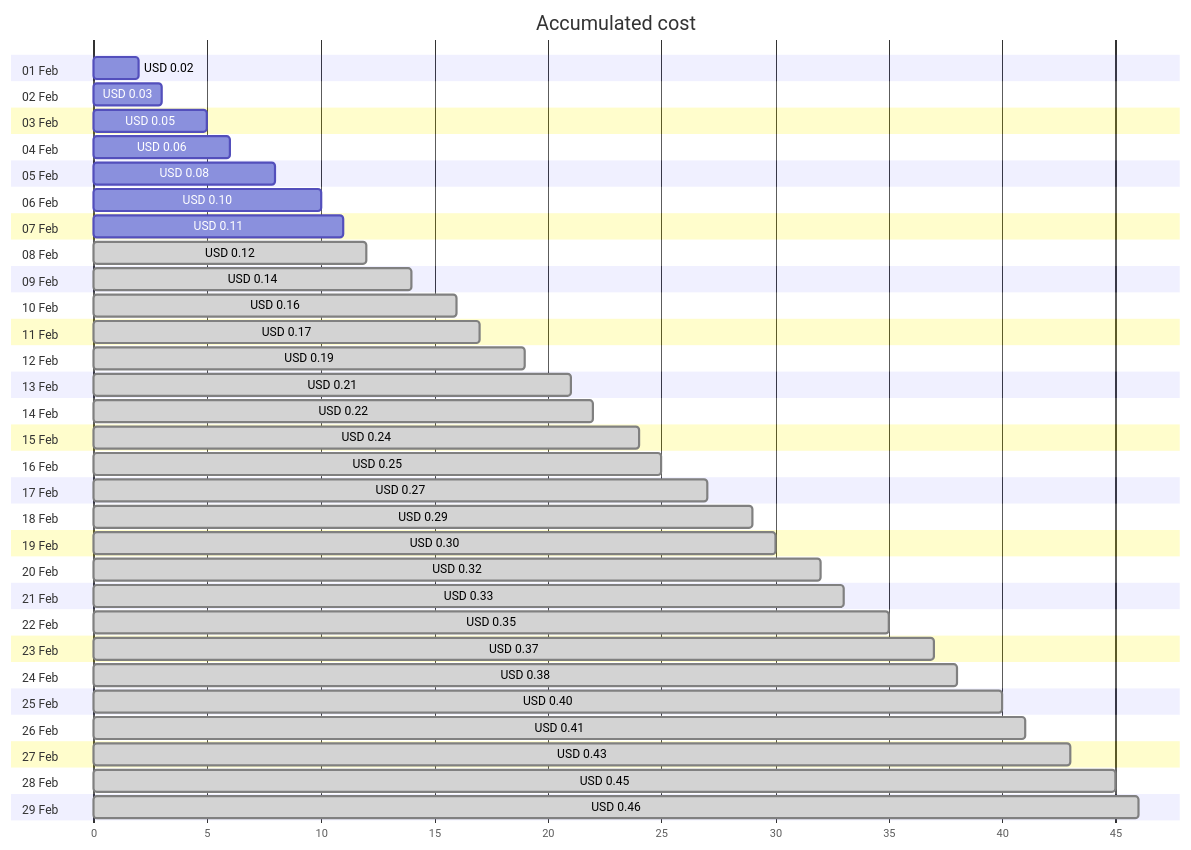
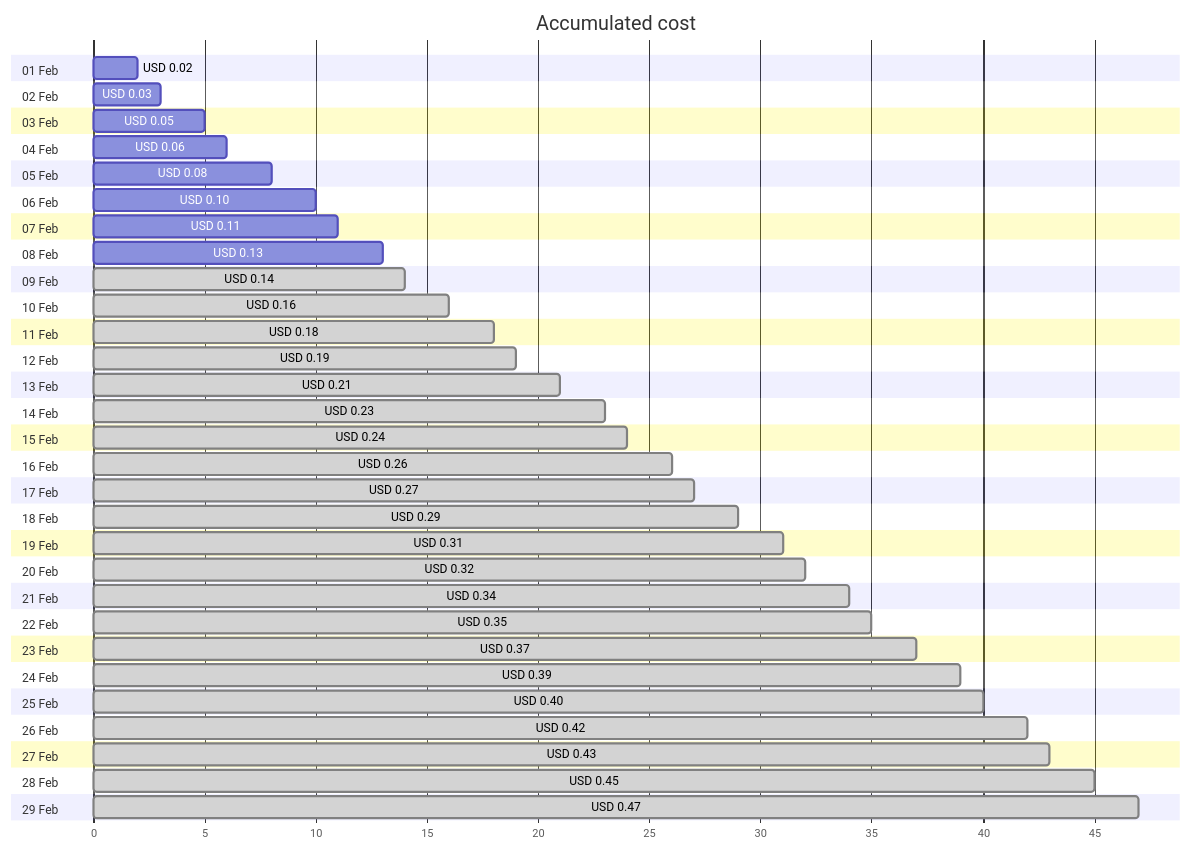
The first of 4 diagrams in cost-reports/personal-network/private.jpatrickfulton.com.md (jpfulton/azure-personal-reports), drawn with Mermaid before and after one commit. The commit also changed other lines of this file and 8 other files, not shown here.

````diff
--- a/cost-reports/personal-network/private.jpatrickfulton.com.md
+++ b/cost-reports/personal-network/private.jpatrickfulton.com.md
@@ -20,64 +20,64 @@
 ```mermaid
 gantt
    title Accumulated cost
    dateFormat  X
    axisFormat %s
    section 01 Feb
    USD 0.02 :0, 2
    section 02 Feb
    USD 0.03 :0, 3
    section 03 Feb
    USD 0.05 :0, 5
    section 04 Feb
    USD 0.06 :0, 6
    section 05 Feb
    USD 0.08 :0, 8
    section 06 Feb
    USD 0.10 :0, 10
    section 07 Feb
    USD 0.11 :0, 11
    section 08 Feb
-   USD 0.12 : done, 0, 12
+   USD 0.13 :0, 13
    section 09 Feb
    USD 0.14 : done, 0, 14
    section 10 Feb
    USD 0.16 : done, 0, 16
    section 11 Feb
-   USD 0.17 : done, 0, 17
+   USD 0.18 : done, 0, 18
    section 12 Feb
    USD 0.19 : done, 0, 19
    section 13 Feb
    USD 0.21 : done, 0, 21
    section 14 Feb
-   USD 0.22 : done, 0, 22
+   USD 0.23 : done, 0, 23
    section 15 Feb
    USD 0.24 : done, 0, 24
    section 16 Feb
-   USD 0.25 : done, 0, 25
+   USD 0.26 : done, 0, 26
    section 17 Feb
    USD 0.27 : done, 0, 27
    section 18 Feb
    USD 0.29 : done, 0, 29
    section 19 Feb
-   USD 0.30 : done, 0, 30
+   USD 0.31 : done, 0, 31
    section 20 Feb
    USD 0.32 : done, 0, 32
    section 21 Feb
-   USD 0.33 : done, 0, 33
+   USD 0.34 : done, 0, 34
    section 22 Feb
    USD 0.35 : done, 0, 35
    section 23 Feb
    USD 0.37 : done, 0, 37
    section 24 Feb
-   USD 0.38 : done, 0, 38
+   USD 0.39 : done, 0, 39
    section 25 Feb
    USD 0.40 : done, 0, 40
    section 26 Feb
-   USD 0.41 : done, 0, 41
+   USD 0.42 : done, 0, 42
    section 27 Feb
    USD 0.43 : done, 0, 43
    section 28 Feb
    USD 0.45 : done, 0, 45
    section 29 Feb
-   USD 0.46 : done, 0, 46
+   USD 0.47 : done, 0, 47
 ```
````
